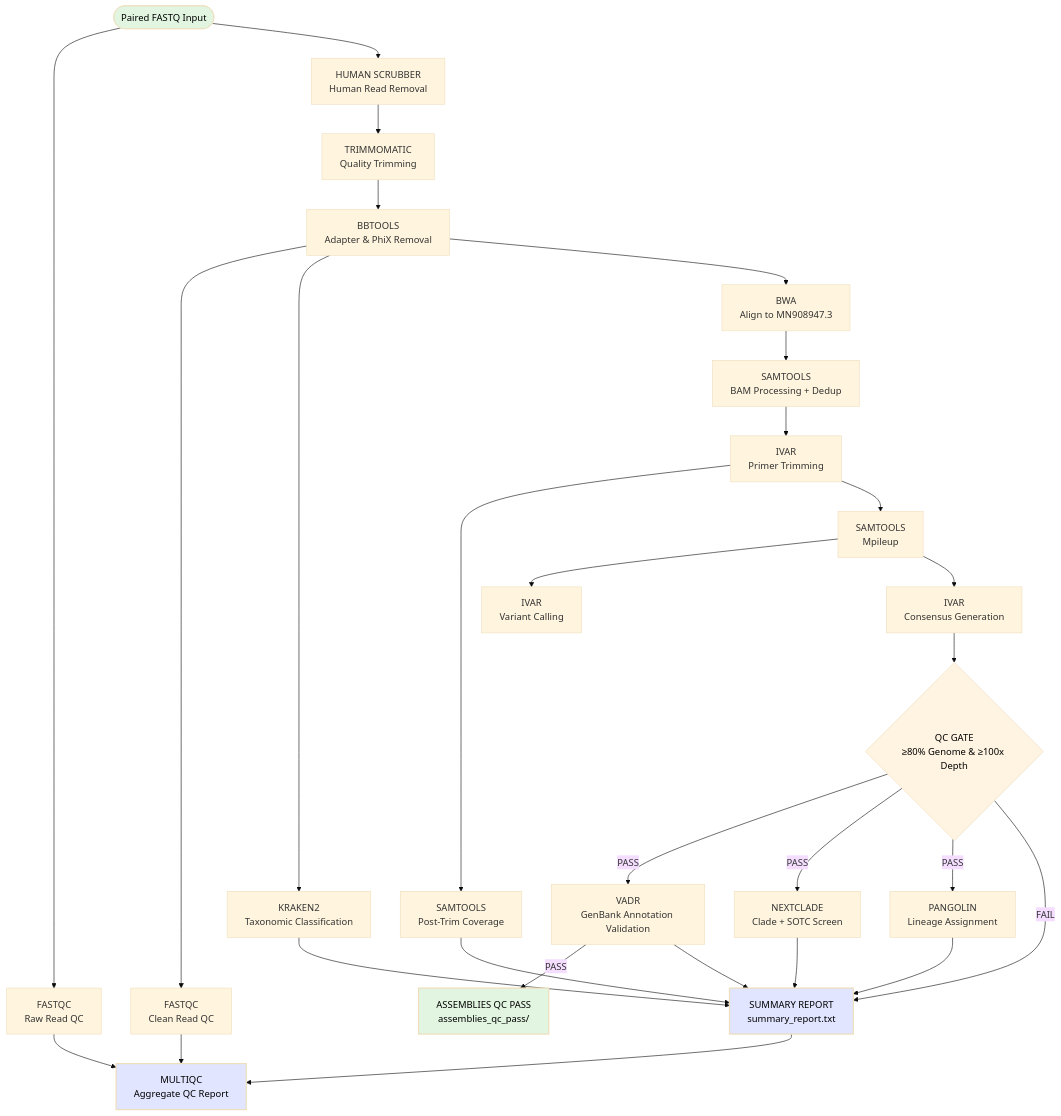
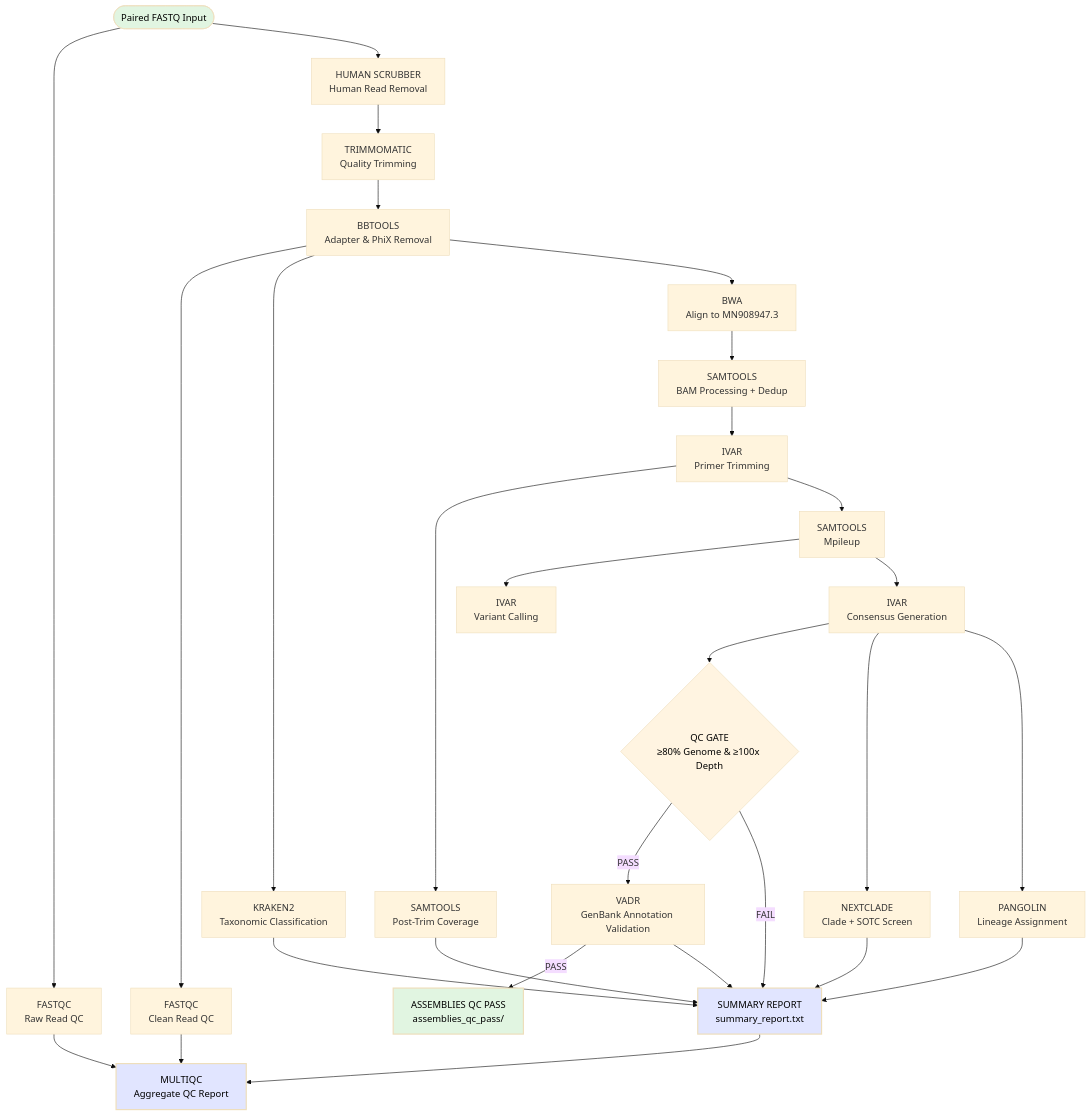
Before and after one commit to arodzh-sudo/Daytona: the diagram in README.md, drawn with Mermaid (base theme). The commit also changed other lines of this file and 4 other files, not shown here.

First line of the commit message:
gate VADR by QC; run Pangolin and Nextclade on all consensus

````diff
--- a/README.md
+++ b/README.md
@@ -91,36 +91,36 @@
 ```mermaid
 flowchart TD
     A([Paired FASTQ Input]) --> B[FASTQC<br/>Raw Read QC]
     A --> C[HUMAN SCRUBBER<br/>Human Read Removal]
     C --> D[TRIMMOMATIC<br/>Quality Trimming]
     D --> E[BBTOOLS<br/>Adapter & PhiX Removal]
     E --> F[FASTQC<br/>Clean Read QC]
     E --> H[KRAKEN2<br/>Taxonomic Classification]
     E --> I[BWA<br/>Align to MN908947.3]
     I --> M[SAMTOOLS<br/>BAM Processing + Dedup]
     M --> N[IVAR<br/>Primer Trimming]
     N --> O[SAMTOOLS<br/>Post-Trim Coverage]
     N --> P[SAMTOOLS<br/>Mpileup]
     P --> Q[IVAR<br/>Variant Calling]
     P --> R[IVAR<br/>Consensus Generation]
     R --> S{QC GATE<br/>≥80% Genome & ≥100x Depth}
+    R --> U[NEXTCLADE<br/>Clade + SOTC Screen]
+    R --> X[PANGOLIN<br/>Lineage Assignment]
     S -->|PASS| T[VADR<br/>GenBank Annotation Validation]
-    S -->|PASS| U[NEXTCLADE<br/>Clade + SOTC Screen]
-    S -->|PASS| X[PANGOLIN<br/>Lineage Assignment]
     S -->|FAIL| V[SUMMARY REPORT<br/>summary_report.txt]
     T -->|PASS| W[ASSEMBLIES QC PASS<br/>assemblies_qc_pass/]
     T --> V
     U --> V
     X --> V
     H --> V
     O --> V
     V --> G[MULTIQC<br/>Aggregate QC Report]
     B --> G
     F --> G
 
     style A fill:#e1f5e1,color:#000
     style S fill:#fff4e1,color:#000
     style V fill:#e1e5ff,color:#000,stroke-width:2px
     style W fill:#e1f5e1,color:#000,stroke-width:2px
     style G fill:#e1e5ff,color:#000,stroke-width:2px
 ```
````
